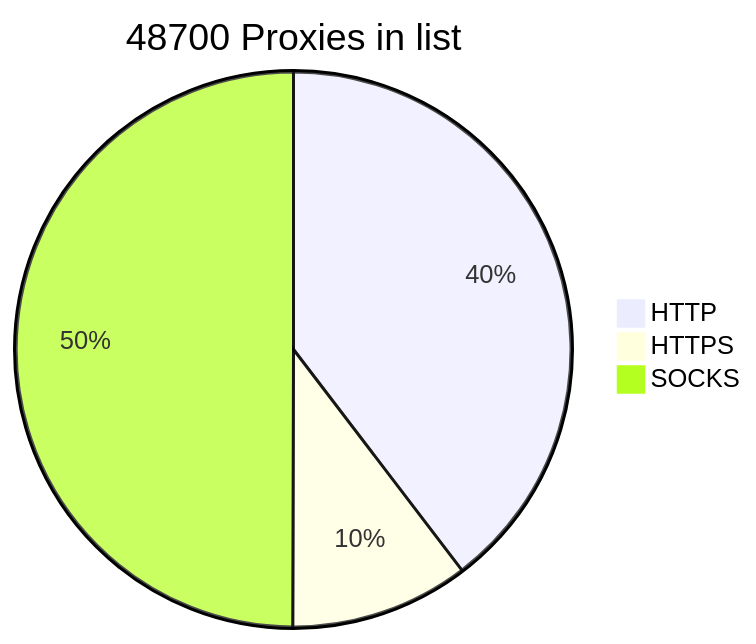
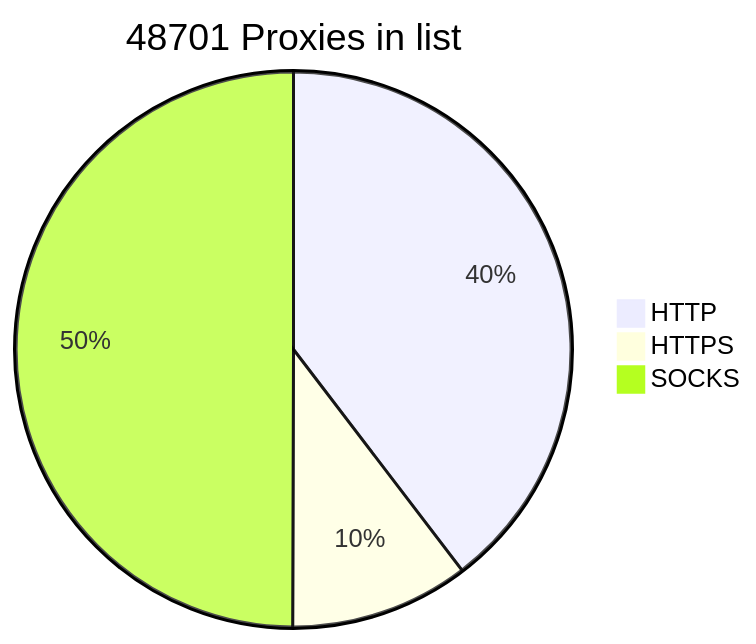
Before and after one commit to BlackSnowDot/proxylist-update-every-minute: the diagram in README.md, drawn with Mermaid.

````diff
--- a/README.md
+++ b/README.md
@@ -2,6 +2,6 @@
 ```mermaid
-pie title 48700 Proxies in list
-    "HTTP" : 21251
-    "HTTPS": 5587
+pie title 48701 Proxies in list
+    "HTTP" : 21252
+    "HTTPS": 5590
     "SOCKS" : 26792
 ```
````
